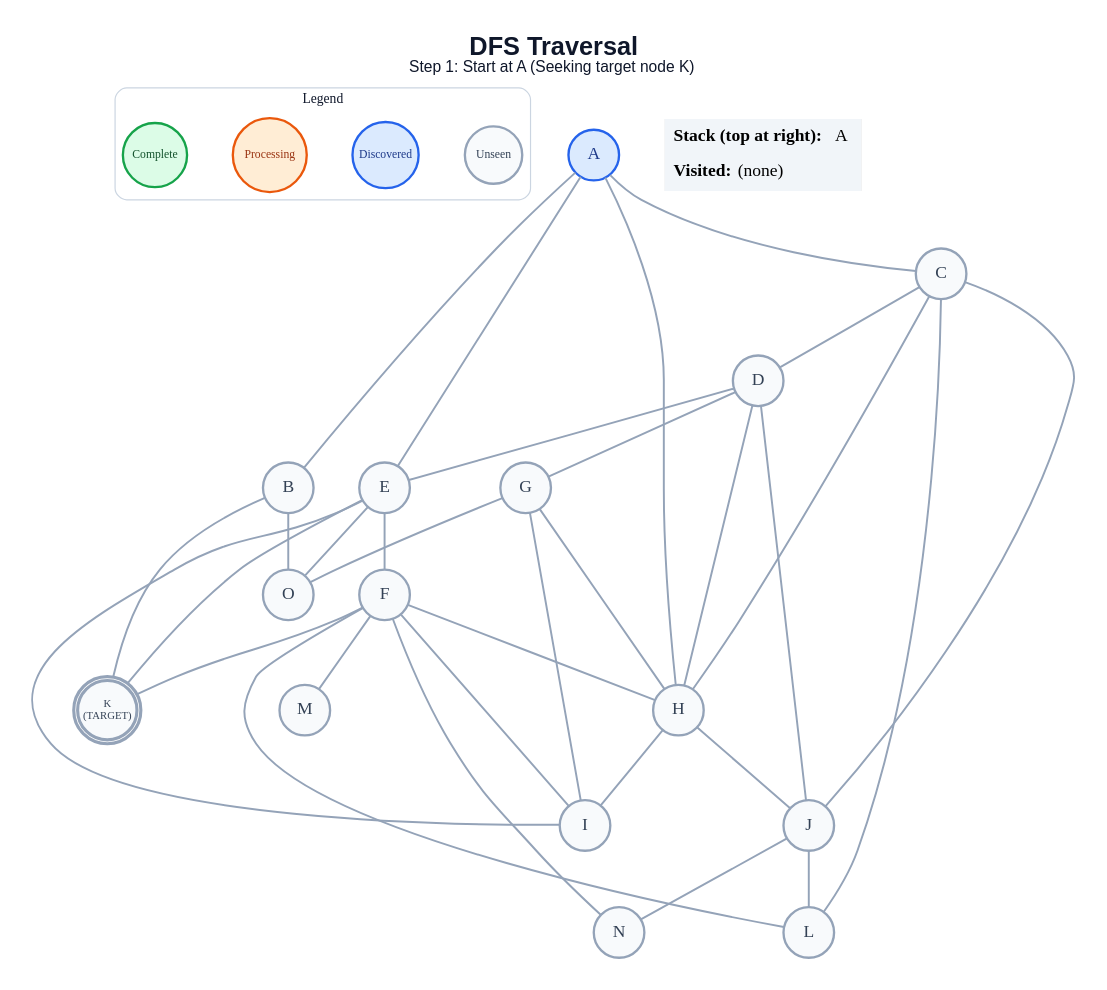
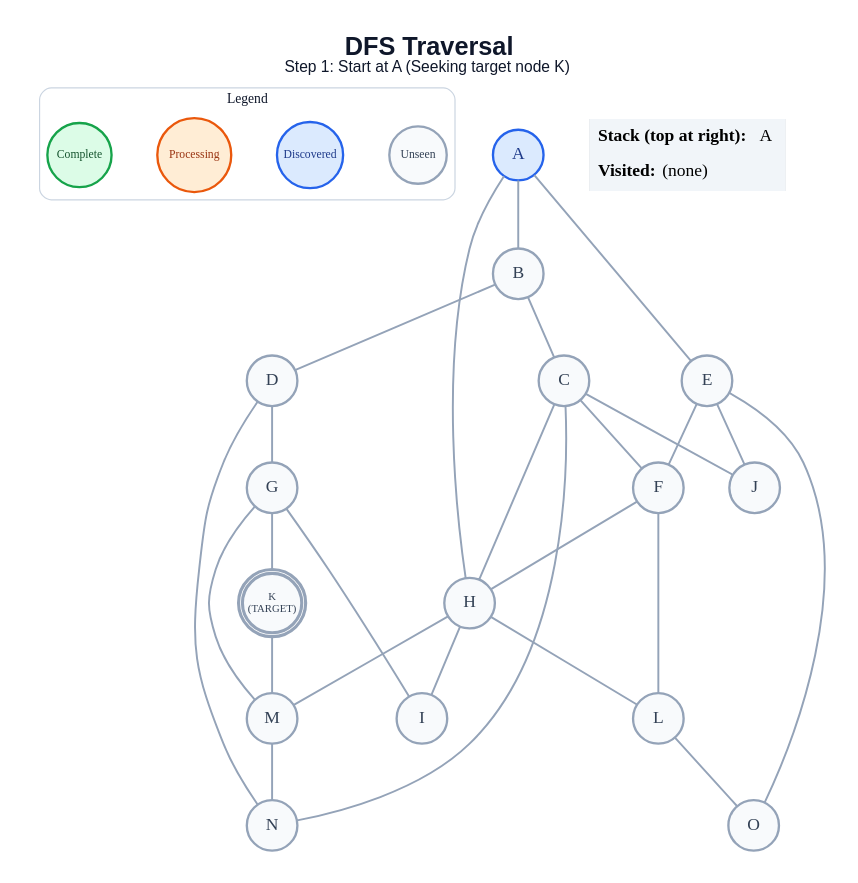
One commit to anon7238593-create/ai-slop changed the diagram in generated/dfs/step_01.dot. Above: the diagram before and after it, drawn with Graphviz. The commit also changed 331 other files, not shown here.

```diff
--- a/generated/dfs/step_01.dot
+++ b/generated/dfs/step_01.dot
@@ -1,65 +1,59 @@
 graph traversal {
   graph [layout=dot, rankdir=TB, bgcolor="#FFFFFF", pad="0.35", nodesep="0.65", ranksep="0.8", fontname="Arial"];
   node [shape=circle, style="filled", fontname="Arial Bold", fontsize=18, width=0.72, fixedsize=true, penwidth=2.4];
   edge [color="#94A3B8", penwidth=2.0];
   label=<<B>DFS Traversal</B><BR/><FONT POINT-SIZE="16">Step 1: Start at A (Seeking target node K)</FONT>>; labelloc="t"; fontsize=26; fontname="Arial"; fontcolor="#0F172A";
   subgraph cluster_legend { label="Legend"; color="#CBD5E1"; penwidth=1.2; style="rounded"; fontsize=14; fontname="Arial Bold";
     key_unseen [label="Unseen", fillcolor="#F8FAFC", color="#94A3B8", fontcolor="#334155", fontsize=12, width=0.82];
     key_frontier [label="Discovered", fillcolor="#DBEAFE", color="#2563EB", fontcolor="#1E3A8A", fontsize=12, width=0.95];
     key_current [label="Processing", fillcolor="#FFEDD5", color="#EA580C", fontcolor="#9A3412", fontsize=12, width=1.05];
     key_done [label="Complete", fillcolor="#DCFCE7", color="#16A34A", fontcolor="#14532D", fontsize=12, width=0.92];
     { rank=same; key_unseen; key_frontier; key_current; key_done; }
   }
   A [label="A", fillcolor="#DBEAFE", color="#2563EB", fontcolor="#1E3A8A", peripheries=1, penwidth=2.4];
   B [label="B", fillcolor="#F8FAFC", color="#94A3B8", fontcolor="#334155", peripheries=1, penwidth=2.4];
   C [label="C", fillcolor="#F8FAFC", color="#94A3B8", fontcolor="#334155", peripheries=1, penwidth=2.4];
   D [label="D", fillcolor="#F8FAFC", color="#94A3B8", fontcolor="#334155", peripheries=1, penwidth=2.4];
   E [label="E", fillcolor="#F8FAFC", color="#94A3B8", fontcolor="#334155", peripheries=1, penwidth=2.4];
   F [label="F", fillcolor="#F8FAFC", color="#94A3B8", fontcolor="#334155", peripheries=1, penwidth=2.4];
   G [label="G", fillcolor="#F8FAFC", color="#94A3B8", fontcolor="#334155", peripheries=1, penwidth=2.4];
   H [label="H", fillcolor="#F8FAFC", color="#94A3B8", fontcolor="#334155", peripheries=1, penwidth=2.4];
   I [label="I", fillcolor="#F8FAFC", color="#94A3B8", fontcolor="#334155", peripheries=1, penwidth=2.4];
   J [label="J", fillcolor="#F8FAFC", color="#94A3B8", fontcolor="#334155", peripheries=1, penwidth=2.4];
   K [label="K\n(TARGET)", fillcolor="#F8FAFC", color="#94A3B8", fontcolor="#334155", peripheries=2, penwidth=3.2, fontsize=11, width=0.85, height=0.85];
   L [label="L", fillcolor="#F8FAFC", color="#94A3B8", fontcolor="#334155", peripheries=1, penwidth=2.4];
   M [label="M", fillcolor="#F8FAFC", color="#94A3B8", fontcolor="#334155", peripheries=1, penwidth=2.4];
   N [label="N", fillcolor="#F8FAFC", color="#94A3B8", fontcolor="#334155", peripheries=1, penwidth=2.4];
   O [label="O", fillcolor="#F8FAFC", color="#94A3B8", fontcolor="#334155", peripheries=1, penwidth=2.4];
   A -- B;
-  A -- C;
   A -- E;
   A -- H;
-  B -- K;
-  B -- O;
-  C -- D;
+  B -- C;
+  B -- D;
+  C -- F;
   C -- H;
   C -- J;
-  C -- L;
-  D -- E;
+  C -- N;
   D -- G;
-  D -- H;
-  D -- J;
+  D -- N;
   E -- F;
-  E -- I;
-  E -- K;
+  E -- J;
   E -- O;
   F -- H;
-  F -- I;
-  F -- K;
   F -- L;
-  F -- M;
-  F -- N;
-  G -- H;
   G -- I;
-  G -- O;
+  G -- K;
+  G -- M;
   H -- I;
-  H -- J;
-  J -- L;
-  J -- N;
+  H -- L;
+  H -- M;
+  K -- M;
+  L -- O;
+  M -- N;
   status [shape=plain, fixedsize=false, width=0, height=0, margin=0, label=<
     <TABLE BORDER="0" CELLBORDER="0" CELLPADDING="7" BGCOLOR="#F1F5F9">
       <TR><TD ALIGN="LEFT"><B>Stack (top at right):</B> A</TD></TR>
       <TR><TD ALIGN="LEFT"><B>Visited:</B> (none)</TD></TR>
     </TABLE>
   >];
 }
```
